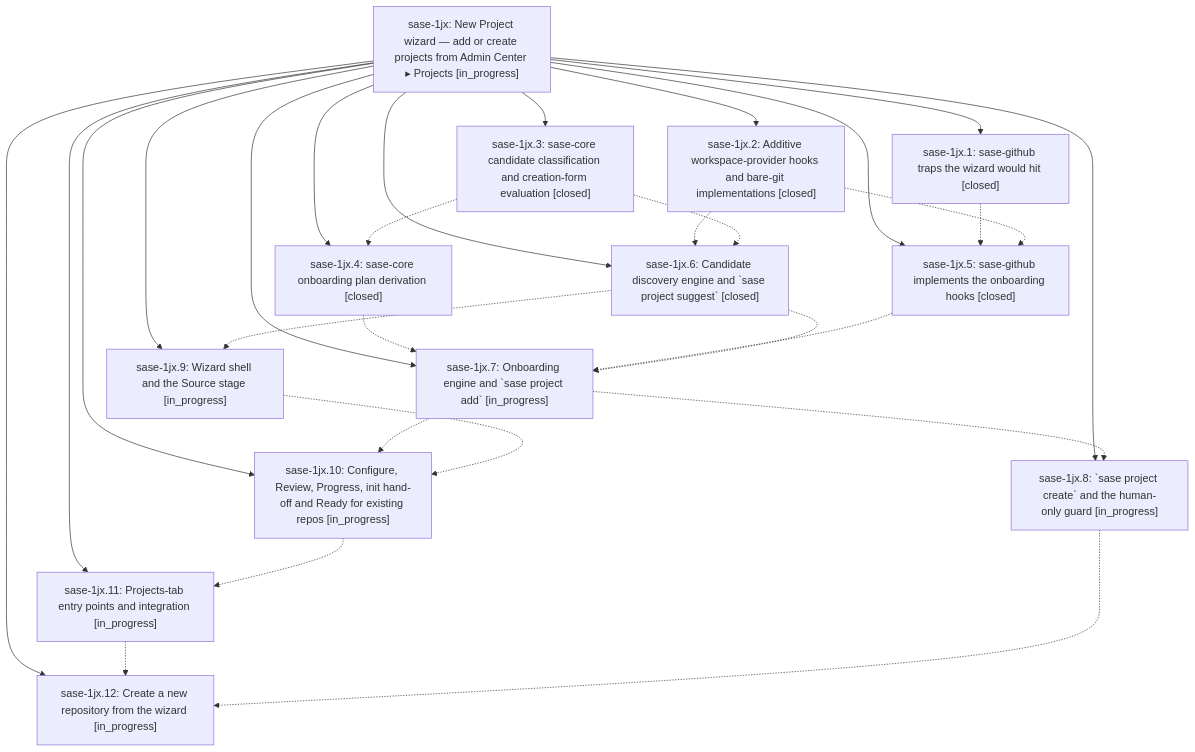
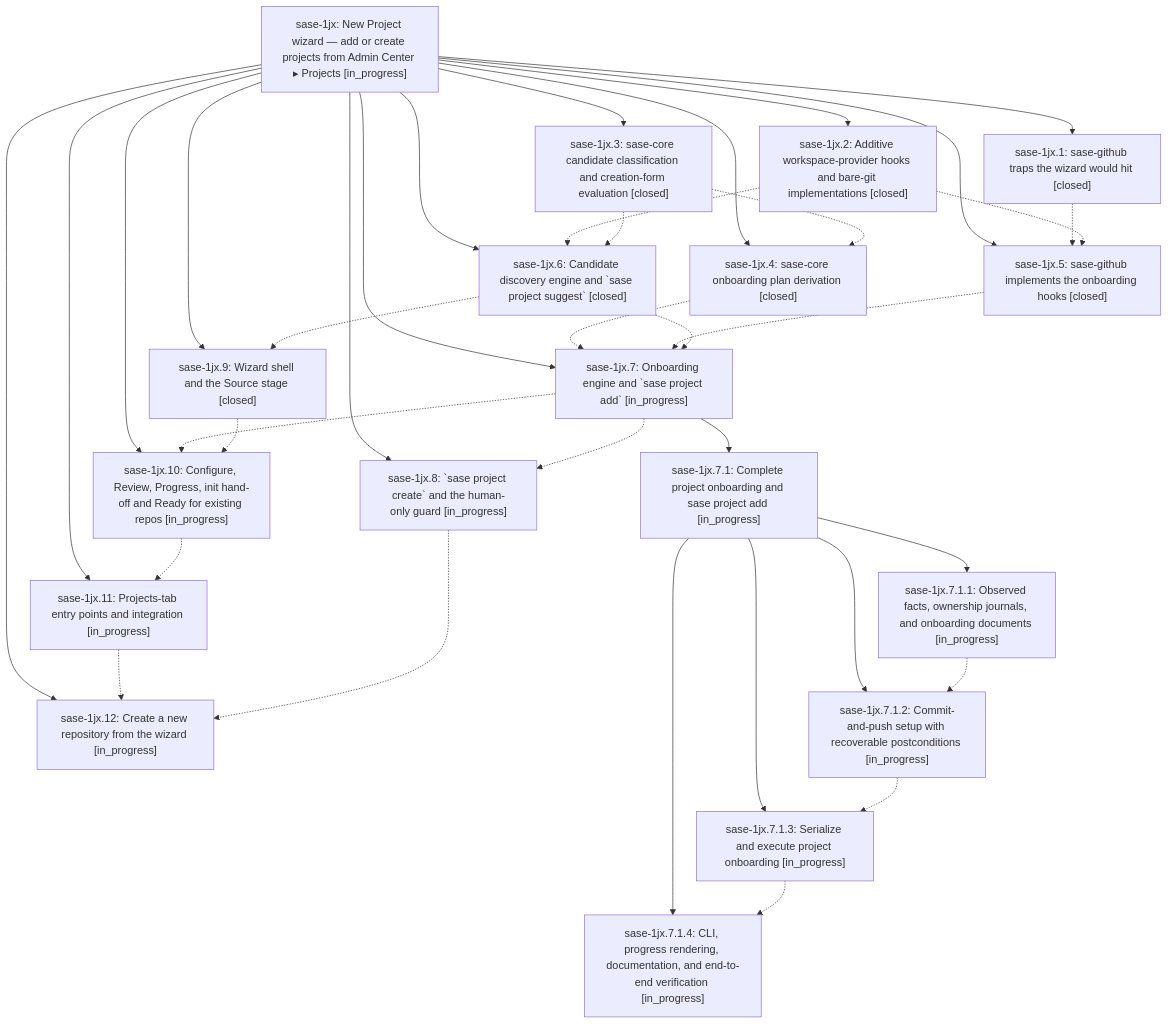
The diagram in pages/sase-1jx/README.md (sase-org/sase--beads), drawn with Mermaid before and after one commit. The commit also changed other lines of this file and 9 other files, not shown here.

````diff
--- a/pages/sase-1jx/README.md
+++ b/pages/sase-1jx/README.md
@@ -47,43 +51,56 @@
 ```mermaid
 flowchart TD
     n0["sase-1jx: New Project wizard — add or create projects from Admin Center ▸ Projects [in_progress]"]
     n1["sase-1jx.1: sase-github traps the wizard would hit [closed]"]
     n2["sase-1jx.10: Configure, Review, Progress, init hand-off and Ready for existing repos [in_progress]"]
     n3["sase-1jx.11: Projects-tab entry points and integration [in_progress]"]
     n4["sase-1jx.12: Create a new repository from the wizard [in_progress]"]
     n5["sase-1jx.2: Additive workspace-provider hooks and bare-git implementations [closed]"]
     n6["sase-1jx.3: sase-core candidate classification and creation-form evaluation [closed]"]
     n7["sase-1jx.4: sase-core onboarding plan derivation [closed]"]
     n8["sase-1jx.5: sase-github implements the onboarding hooks [closed]"]
     n9["sase-1jx.6: Candidate discovery engine and `sase project suggest` [closed]"]
     n10["sase-1jx.7: Onboarding engine and `sase project add` [in_progress]"]
-    n11["sase-1jx.8: `sase project create` and the human-only guard [in_progress]"]
-    n12["sase-1jx.9: Wizard shell and the Source stage [in_progress]"]
+    n11["sase-1jx.7.1: Complete project onboarding and sase project add [in_progress]"]
+    n12["sase-1jx.7.1.1: Observed facts, ownership journals, and onboarding documents [in_progress]"]
+    n13["sase-1jx.7.1.2: Commit-and-push setup with recoverable postconditions [in_progress]"]
+    n14["sase-1jx.7.1.3: Serialize and execute project onboarding [in_progress]"]
+    n15["sase-1jx.7.1.4: CLI, progress rendering, documentation, and end-to-end verification [in_progress]"]
+    n16["sase-1jx.8: `sase project create` and the human-only guard [in_progress]"]
+    n17["sase-1jx.9: Wizard shell and the Source stage [closed]"]
     n0 --> n1
     n0 --> n2
     n0 --> n3
     n0 --> n4
     n0 --> n5
     n0 --> n6
     n0 --> n7
     n0 --> n8
     n0 --> n9
     n0 --> n10
-    n0 --> n11
-    n0 --> n12
+    n10 --> n11
+    n11 --> n12
+    n11 --> n13
+    n11 --> n14
+    n11 --> n15
+    n0 --> n16
+    n0 --> n17
     n1 -.-> n8
     n2 -.-> n3
     n3 -.-> n4
     n5 -.-> n8
     n5 -.-> n9
     n6 -.-> n7
     n6 -.-> n9
     n7 -.-> n10
     n8 -.-> n10
     n9 -.-> n10
-    n9 -.-> n12
+    n9 -.-> n17
     n10 -.-> n2
-    n10 -.-> n11
-    n11 -.-> n4
-    n12 -.-> n2
+    n10 -.-> n16
+    n12 -.-> n13
+    n13 -.-> n14
+    n14 -.-> n15
+    n16 -.-> n4
+    n17 -.-> n2
 ```
````
